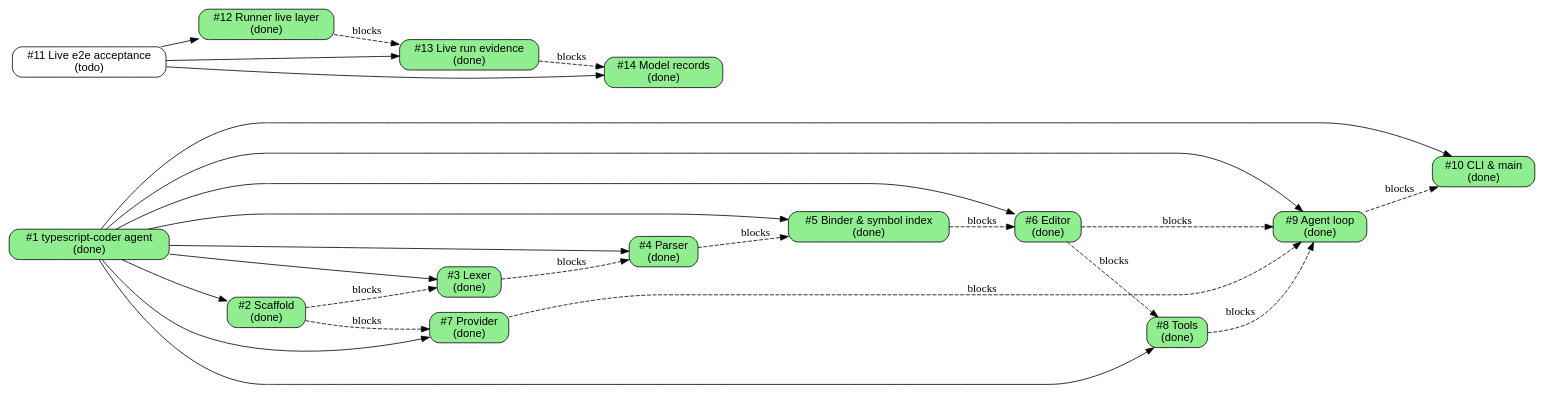
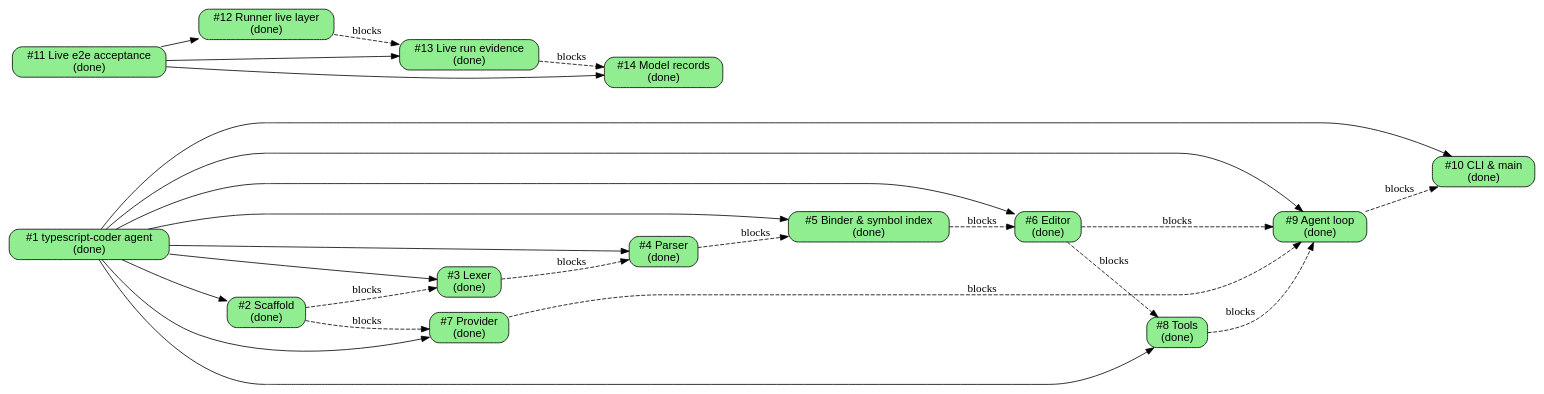
The diagram in issues/todo.md (illusory0x0/typescript-coder), drawn with Graphviz before and after one commit. The commit also changed other lines of this file and 1 other file, not shown here.

Commit message:
Close live end-to-end acceptance umbrella (issue #11)

````diff
--- a/issues/todo.md
+++ b/issues/todo.md
@@ -7,53 +7,53 @@
 ```dot
 digraph issues {
   rankdir=LR;
   node [shape=box, style="rounded,filled", fontname="Helvetica"];
 
   // status colors: todo=white, in-progress=lightyellow, review=lightblue,
   //                done=lightgreen, wontfix=lightgrey
   "1"  [label="#1 typescript-coder agent\n(done)", fillcolor="lightgreen"];
   "2"  [label="#2 Scaffold\n(done)", fillcolor="lightgreen"];
   "3"  [label="#3 Lexer\n(done)", fillcolor="lightgreen"];
   "4"  [label="#4 Parser\n(done)", fillcolor="lightgreen"];
   "5"  [label="#5 Binder & symbol index\n(done)", fillcolor="lightgreen"];
   "6"  [label="#6 Editor\n(done)", fillcolor="lightgreen"];
   "7"  [label="#7 Provider\n(done)", fillcolor="lightgreen"];
   "8"  [label="#8 Tools\n(done)", fillcolor="lightgreen"];
   "9"  [label="#9 Agent loop\n(done)", fillcolor="lightgreen"];
   "10" [label="#10 CLI & main\n(done)", fillcolor="lightgreen"];
-  "11" [label="#11 Live e2e acceptance\n(todo)", fillcolor="white"];
+  "11" [label="#11 Live e2e acceptance\n(done)", fillcolor="lightgreen"];
   "12" [label="#12 Runner live layer\n(done)", fillcolor="lightgreen"];
   "13" [label="#13 Live run evidence\n(done)", fillcolor="lightgreen"];
   "14" [label="#14 Model records\n(done)", fillcolor="lightgreen"];
 
   // tree edges (parent -> child), solid
   "1" -> "2";
   "1" -> "3";
   "1" -> "4";
   "1" -> "5";
   "1" -> "6";
   "1" -> "7";
   "1" -> "8";
   "1" -> "9";
   "1" -> "10";
 
   // tree edges (parent -> child), solid
   "11" -> "12";
   "11" -> "13";
   "11" -> "14";
 
   // dependency edges (blocker -> blocked), dashed
   "2" -> "3" [style=dashed, label="blocks"];
   "3" -> "4" [style=dashed, label="blocks"];
   "4" -> "5" [style=dashed, label="blocks"];
   "5" -> "6" [style=dashed, label="blocks"];
   "2" -> "7" [style=dashed, label="blocks"];
   "6" -> "8" [style=dashed, label="blocks"];
   "6" -> "9" [style=dashed, label="blocks"];
   "7" -> "9" [style=dashed, label="blocks"];
   "8" -> "9" [style=dashed, label="blocks"];
   "9" -> "10" [style=dashed, label="blocks"];
   "12" -> "13" [style=dashed, label="blocks"];
   "13" -> "14" [style=dashed, label="blocks"];
 }
 ```
````
